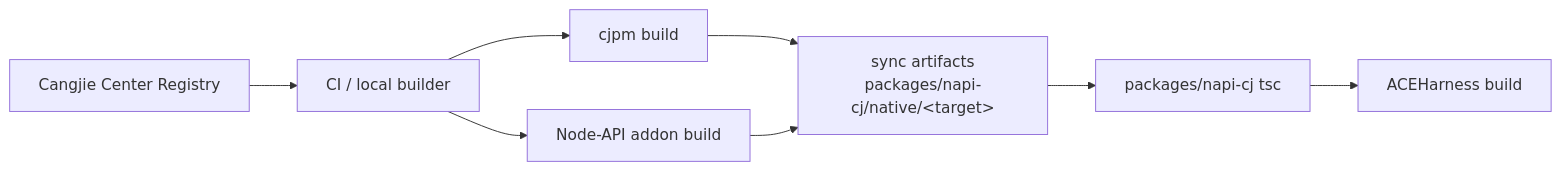
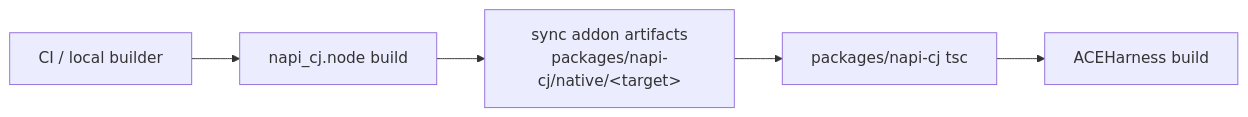
One commit to TheAceTeam/AceHarness changed the diagram in docs/napi-cj/foundation/build-packaging-design.md. Above: the diagram before and after it, drawn with Mermaid. The commit also changed other lines of this file and 11 other files, not shown here.

Commit message:
docs: define native and wasm cangjie runtime plans

````diff
--- a/docs/napi-cj/foundation/build-packaging-design.md
+++ b/docs/napi-cj/foundation/build-packaging-design.md
@@ -71,18 +72,13 @@
 ```mermaid
 flowchart LR
-  REG["Cangjie Center Registry"]
   CI["CI / local builder"]
-  CJB["cjpm build"]
-  NAPI["Node-API addon build"]
-  SYNC["sync artifacts<br/>packages/napi-cj/native/&lt;target&gt;"]
+  ADDON["napi_cj.node build"]
+  SYNC["sync addon artifacts<br/>packages/napi-cj/native/&lt;target&gt;"]
   TSC["packages/napi-cj tsc"]
   ACE["ACEHarness build"]
 
-  REG --> CI
-  CI --> CJB
-  CI --> NAPI
-  CJB --> SYNC
-  NAPI --> SYNC
+  CI --> ADDON
+  ADDON --> SYNC
   SYNC --> TSC
   TSC --> ACE
 ```
````
